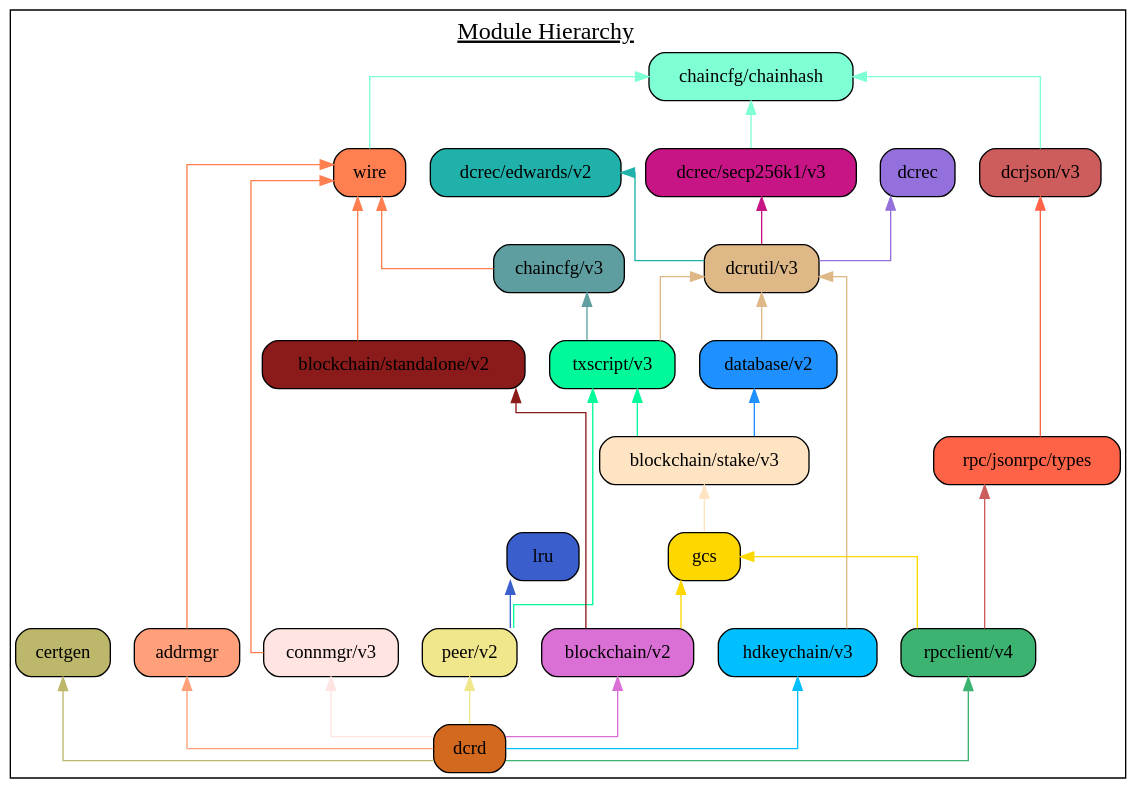
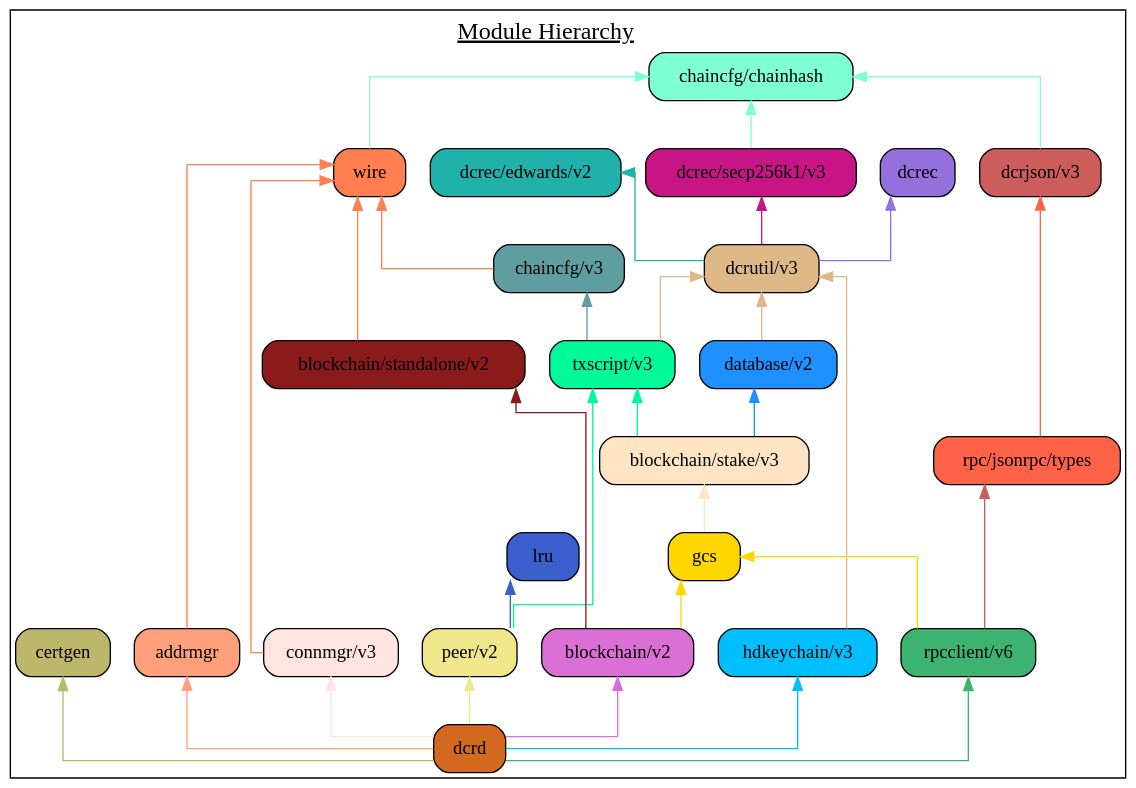
The diagram in docs/assets/module_hierarchy.gv (decred/dcrd), drawn with Graphviz before and after one commit. The commit also changed 3 other files, not shown here.

```diff
--- a/docs/assets/module_hierarchy.gv
+++ b/docs/assets/module_hierarchy.gv
@@ -1,65 +1,65 @@
 digraph {
 	graph [splines=ortho colorscheme=svg label=<<u>Module Hierarchy</u>> labelloc=t fontsize=18.0]
 	node [shape=box style="filled, rounded"]
 
 	certgen [label="certgen" fillcolor=darkkhaki]
 	chainhash [label="chaincfg/chainhash" fillcolor=aquamarine]
 	dcrjson [label="dcrjson/v3" fillcolor=indianred]
 	types [label="rpc/jsonrpc/types" fillcolor=tomato]
 	wire [label="wire" fillcolor=coral]
 	addrmgr [label="addrmgr" fillcolor=lightsalmon]
 	chaincfg [label="chaincfg/v3" fillcolor=cadetblue]
 	connmgr [label="connmgr/v3" fillcolor=mistyrose]
 	dcrec [label="dcrec" fillcolor=mediumpurple]
 	edwards [label="dcrec/edwards/v2" fillcolor=lightseagreen]
 	secp256k1 [label="dcrec/secp256k1/v3" fillcolor=mediumvioletred]
 	dcrutil [label="dcrutil/v3" fillcolor=burlywood]
 	database [label="database/v2" fillcolor=dodgerblue]
 	hdkeychain [label="hdkeychain/v3" fillcolor=deepskyblue]
 	txscript [label="txscript/v3" fillcolor=mediumspringgreen]
 	stake [label="blockchain/stake/v3" fillcolor=bisque]
 	standalone [label="blockchain/standalone/v2" fillcolor=firebrick4]
 	gcs [label="gcs" fillcolor=gold]
 	blockchain [label="blockchain/v2" fillcolor=orchid]
 	lru  [label="lru" fillcolor=royalblue3]
 	peer [label="peer/v2" fillcolor=khaki]
-	rpcclient [label="rpcclient/v4" fillcolor=mediumseagreen]
+	rpcclient [label="rpcclient/v6" fillcolor=mediumseagreen]
 	dcrd [label="dcrd" fillcolor=chocolate]
 
 	{rank=same connmgr addrmgr hdkeychain peer blockchain rpcclient}
 
 	certgen
 	chaincfg -> txscript [dir=back color=cadetblue]
 	chainhash -> dcrjson [dir=back color=aquamarine]
 	chainhash -> wire [dir=back color=aquamarine]
 	wire -> addrmgr [dir=back color=coral]
 	wire -> chaincfg [dir=back color=coral]
 	wire -> connmgr [dir=back color=coral]
 	wire -> standalone [dir=back color=coral]
 	chainhash -> secp256k1 [dir=back color=aquamarine]
 	dcrec -> dcrutil [dir=back color=mediumpurple]
 	edwards ->  dcrutil [dir=back color=lightseagreen]
 	secp256k1 ->  dcrutil [dir=back color=mediumvioletred]
 	dcrutil -> database [dir=back color=burlywood]
 	dcrutil -> hdkeychain [dir=back color=burlywood]
 	dcrutil -> txscript [dir=back color=burlywood]
 	database ->  stake [dir=back color=dodgerblue]
 	txscript -> stake [dir=back color=mediumspringgreen]
 	txscript -> peer [dir=back color=mediumspringgreen]
 	stake -> gcs [dir=back color=bisque]
 	standalone -> blockchain [dir=back color=firebrick4]
 	gcs -> blockchain [dir=back color=gold]
 	gcs -> rpcclient [dir=back color=gold]
 
 	lru -> peer [dir=back color=royalblue3]
 	dcrjson -> types [dir=back color=tomato]
 	types -> rpcclient [dir=back color=indianred]
 
 	blockchain -> dcrd [dir=back color=orchid]
 	certgen -> dcrd [dir=back color=darkkhaki]
 	addrmgr -> dcrd [dir=back color=lightsalmon]
 	hdkeychain -> dcrd [dir=back color=deepskyblue]
 	connmgr -> dcrd [dir=back color=mistyrose]
 	rpcclient -> dcrd [dir=back color=mediumseagreen]
 	peer -> dcrd [dir=back color=khaki]
 }
```
